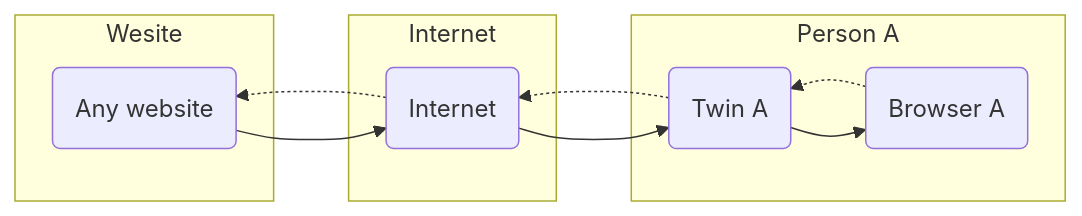
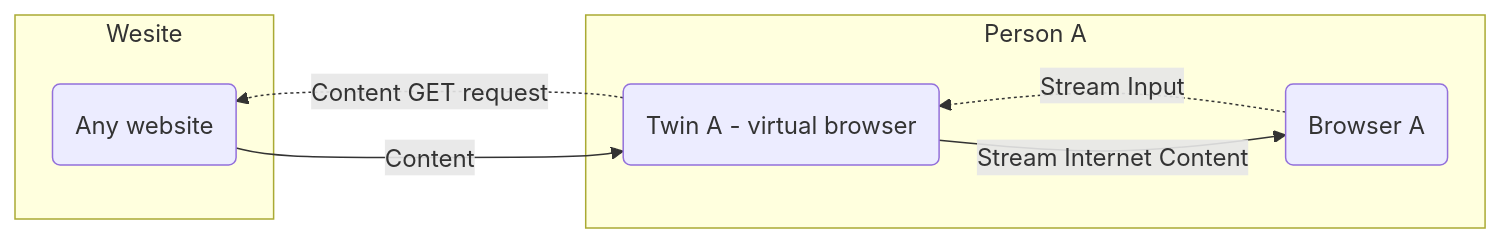
One commit to ourworldventures/ourworld_books_OLD changed the second of 2 diagrams in docs/feasibility_study/src/Capabilities/Surf_safe.md. Above: the diagram before and after it, drawn with Mermaid. The commit also changed other lines of this file and 36 other files, not shown here.

````diff
--- a/docs/feasibility_study/src/Capabilities/Surf_safe.md
+++ b/docs/feasibility_study/src/Capabilities/Surf_safe.md
@@ -34,23 +30,17 @@
 ```mermaid
 graph RL
     subgraph Person A
         PERSONA(Browser A)
-        TWINA(Twin A)
+        TWINA(Twin A - virtual browser)
     end
-    PERSONA .-> TWINA
-    subgraph Internet
-        NETWORK(Internet)
-    end
+    PERSONA .->|Stream Input| TWINA
 
-    TWINA .-> NETWORK
+    TWINA .->|Content GET request| WEB
 
     subgraph Wesite
     WEB(Any website)
     end
-    
-    NETWORK .-> WEB
 
-    WEB --> NETWORK
-    NETWORK --> TWINA
-    TWINA --> PERSONA
+    WEB -->|Content| TWINA
+    TWINA -->|Stream Internet Content| PERSONA
 ```
````
